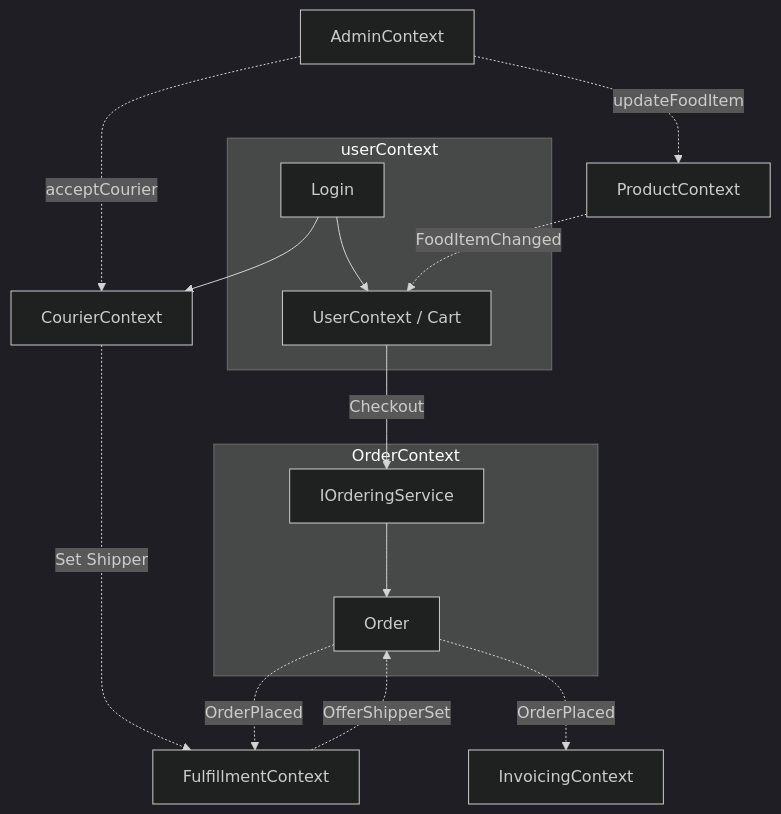
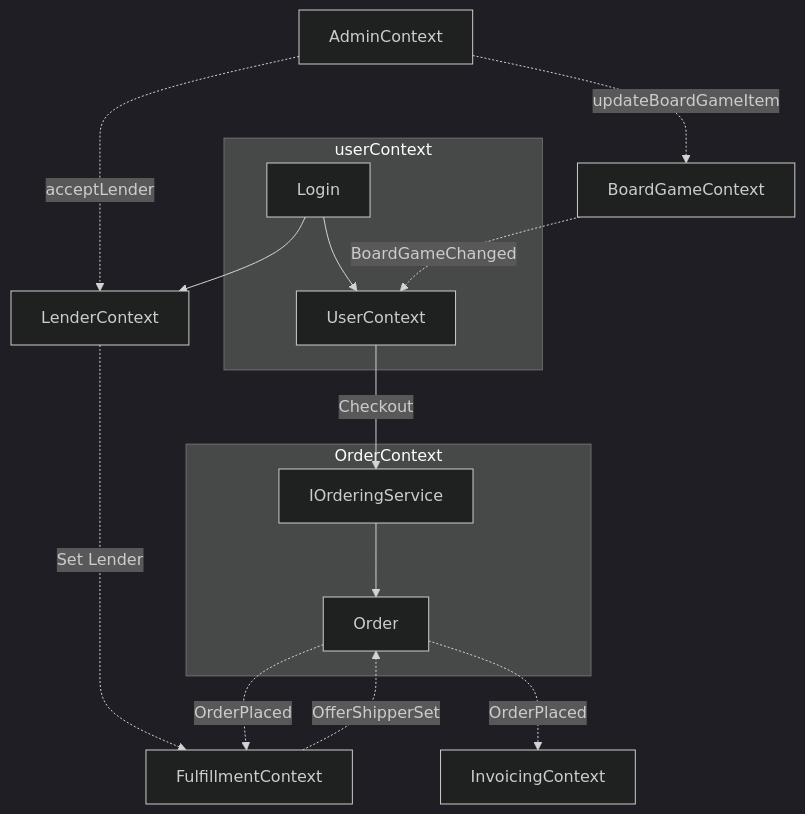
One commit to Mancorl/Datbac-Prosjekt changed the diagram in Utlån_Konvensjonell/Utlånssystem_Konvensjonell/Design.md. Above: the diagram before and after it, drawn with Mermaid (dark theme).

Commit message:
Flowchart service

````diff
--- a/Utlån_Konvensjonell/Utlånssystem_Konvensjonell/Design.md
+++ b/Utlån_Konvensjonell/Utlånssystem_Konvensjonell/Design.md
@@ -3,26 +3,26 @@
 ```mermaid
 flowchart TB
  subgraph OrderContext["OrderContext"]
         Order["Order"]
         IOrderingService["IOrderingService"]
   end
   subgraph userContext
     login[Login] 
-    login --> user[UserContext / Cart] 
+    login --> user[UserContext] 
   end
     
-    login --> courier[CourierContext]  
+    login --> Lender[LenderContext]  
 
-    admin[AdminContext] -. updateFoodItem .-> ProductContext
-    admin -. acceptCourier .-> courier
+    admin[AdminContext] -. updateBoardGameItem .-> BoardGameContext
+    admin -. acceptLender .-> Lender
 
-    ProductContext["ProductContext"] -. FoodItemChanged .-> user
+    BoardGameContext["BoardGameContext"] -. BoardGameChanged .-> user
     user -- Checkout --> IOrderingService
     IOrderingService --> Order
 
-    courier -. Set Shipper .-> FulfillmentContext
+    Lender -. Set Lender .-> FulfillmentContext
 
     Order -. OrderPlaced .-> FulfillmentContext["FulfillmentContext"] & InvoicingContext["InvoicingContext"]
     FulfillmentContext -. OfferShipperSet .-> Order
 
 ```
````
